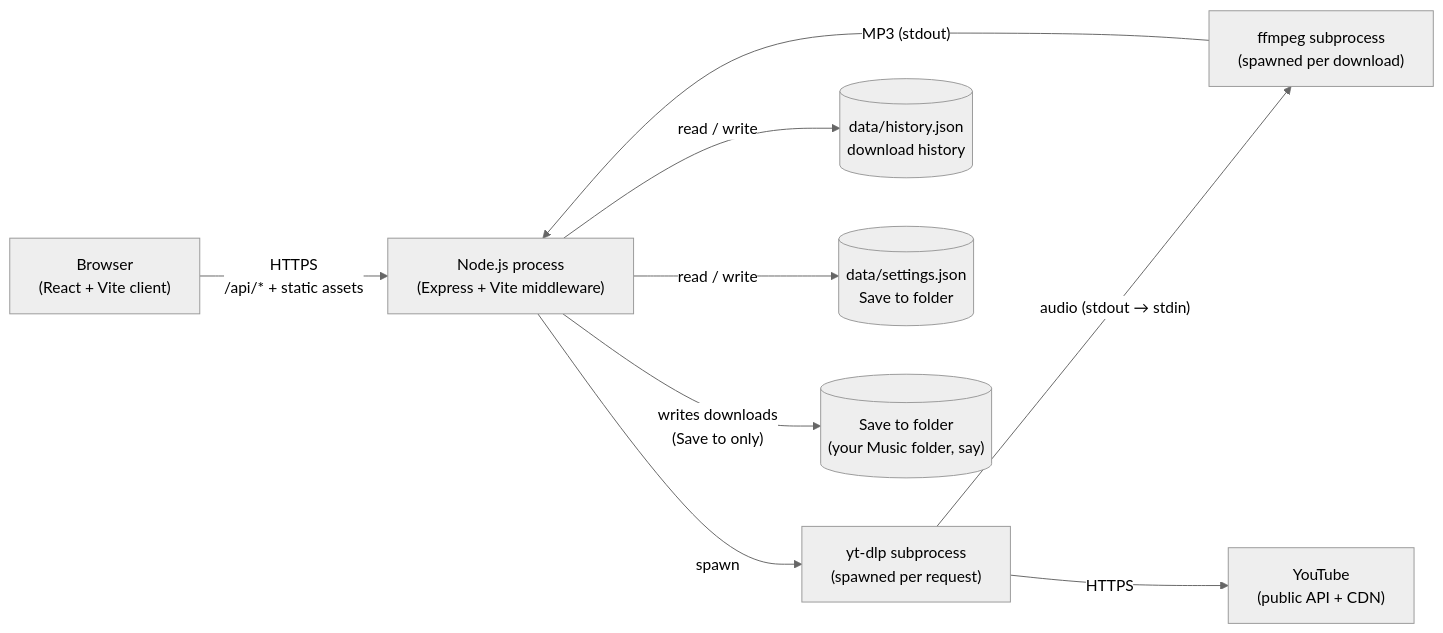
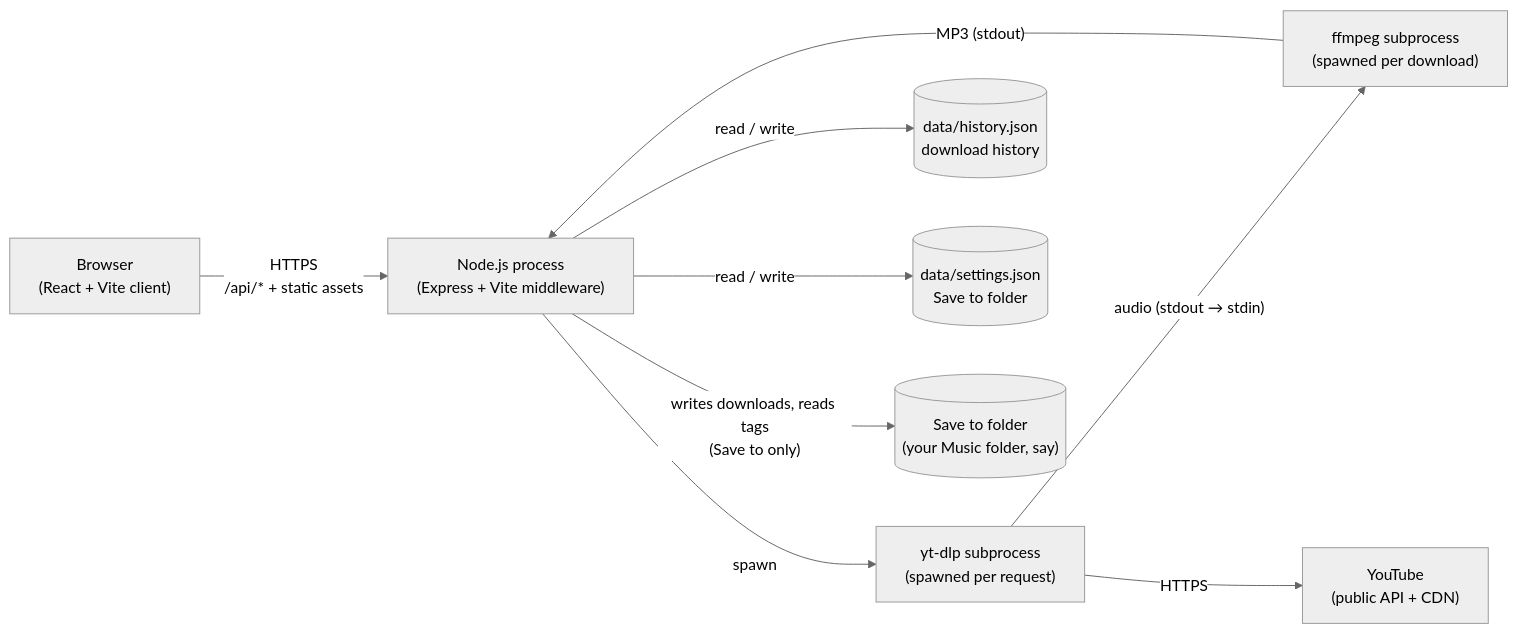
One commit to ShayanZafar/YTDownload changed the first of 6 diagrams in TECHNICAL.md. Above: the diagram before and after it, drawn with Mermaid (neutral theme). The commit also changed other lines of this file and 25 other files, not shown here.

````diff
--- a/TECHNICAL.md
+++ b/TECHNICAL.md
@@ -184,20 +199,20 @@
 ```mermaid
 flowchart LR
   Browser["Browser<br/>(React + Vite client)"]
   Node["Node.js process<br/>(Express + Vite middleware)"]
   YtDlp["yt-dlp subprocess<br/>(spawned per request)"]
   Ffmpeg["ffmpeg subprocess<br/>(spawned per download)"]
   YouTube["YouTube<br/>(public API + CDN)"]
   History[("data/history.json<br/>download history")]
   Settings[("data/settings.json<br/>Save to folder")]
   Folder[("Save to folder<br/>(your Music folder, say)")]
 
   Browser -- "HTTPS<br/>/api/* + static assets" --> Node
   Node -- "spawn" --> YtDlp
   YtDlp -- "audio (stdout → stdin)" --> Ffmpeg
   Ffmpeg -- "MP3 (stdout)" --> Node
   YtDlp -- "HTTPS" --> YouTube
   Node -- "read / write" --> History
   Node -- "read / write" --> Settings
-  Node -- "writes downloads<br/>(Save to only)" --> Folder
+  Node -- "writes downloads, reads tags<br/>(Save to only)" --> Folder
 ```
````
